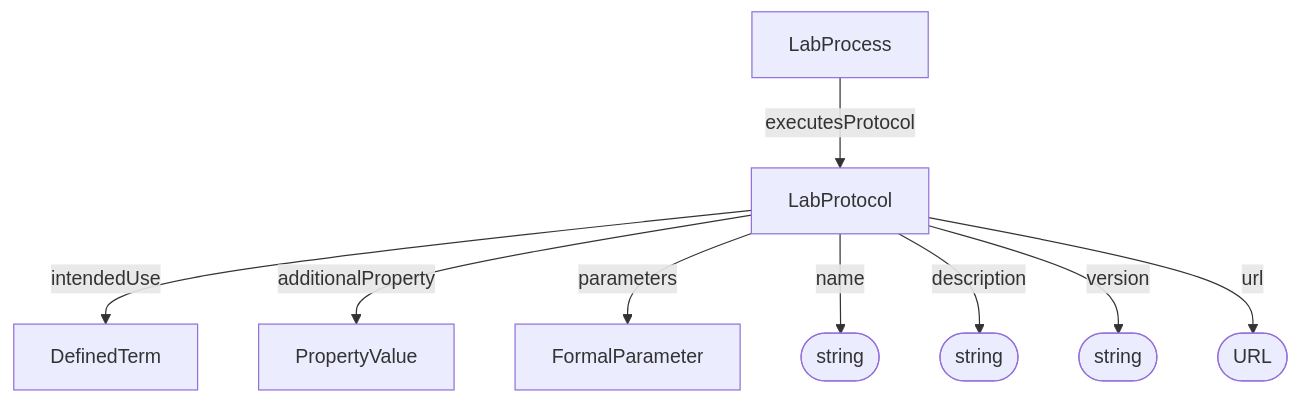
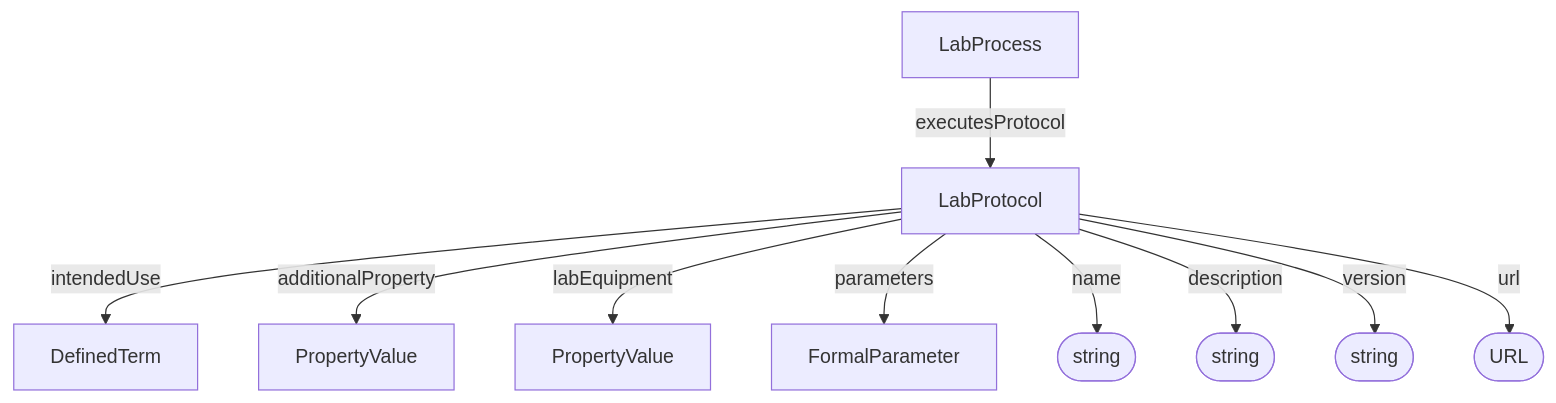
The diagram in spec/core/LabProtocol.md (HLWeil/ProcessCore), drawn with Mermaid before and after one commit. The commit also changed other lines of this file and 7 other files, not shown here.

````diff
--- a/spec/core/LabProtocol.md
+++ b/spec/core/LabProtocol.md
@@ -28,18 +29,21 @@
 ```mermaid
 flowchart TD
 
     na@{ shape: stadium, label: "string" }
     de@{ shape: stadium, label: "string" }
     ve@{ shape: stadium, label: "string" }
     ur@{ shape: stadium, label: "URL" }
+    av[PropertyValue]
+    le[PropertyValue]
 
     LabProcess --executesProtocol--> LabProtocol
     LabProtocol --intendedUse--> DefinedTerm
-    LabProtocol --additionalProperty--> PropertyValue
+    LabProtocol --additionalProperty--> av
+    LabProtocol --labEquipment--> le
     LabProtocol --parameters--> FormalParameter
     LabProtocol --name--> na
     LabProtocol --description--> de
     LabProtocol --version--> ve
     LabProtocol --url--> ur
 
 ```
````
